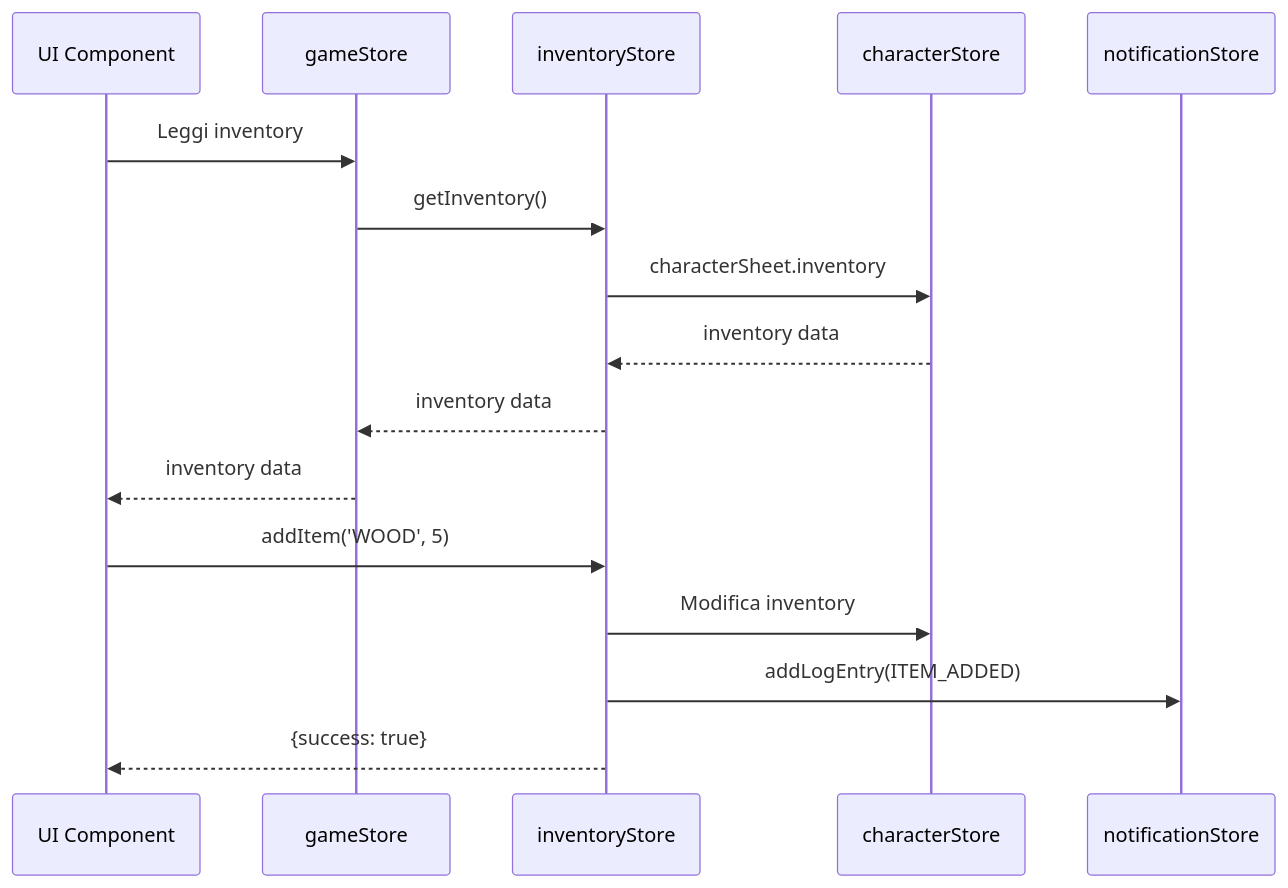
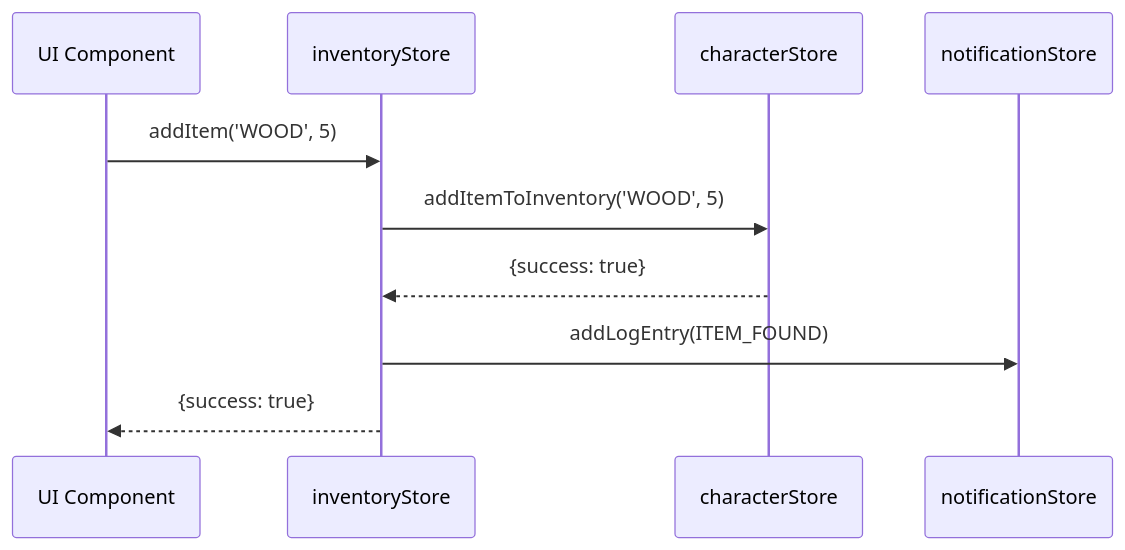
One commit to Pitz72/TheSafePlace-React changed the third of 3 diagrams in STORE_CONTRACTS_AND_DEPENDENCIES.md. Above: the diagram before and after it, drawn with Mermaid. The commit also changed other lines of this file and 6 other files, not shown here.

````diff
--- a/STORE_CONTRACTS_AND_DEPENDENCIES.md
+++ b/STORE_CONTRACTS_AND_DEPENDENCIES.md
@@ -351,20 +368,13 @@
 ```mermaid
 sequenceDiagram
     participant UI as UI Component
-    participant GS as gameStore
     participant IS as inventoryStore
     participant CS as characterStore
     participant NS as notificationStore
     
-    UI->>GS: Leggi inventory
-    GS->>IS: getInventory()
-    IS->>CS: characterSheet.inventory
-    CS-->>IS: inventory data
-    IS-->>GS: inventory data
-    GS-->>UI: inventory data
-    
     UI->>IS: addItem('WOOD', 5)
-    IS->>CS: Modifica inventory
-    IS->>NS: addLogEntry(ITEM_ADDED)
+    IS->>CS: addItemToInventory('WOOD', 5)
+    CS-->>IS: {success: true}
+    IS->>NS: addLogEntry(ITEM_FOUND)
     IS-->>UI: {success: true}
 ```
````
